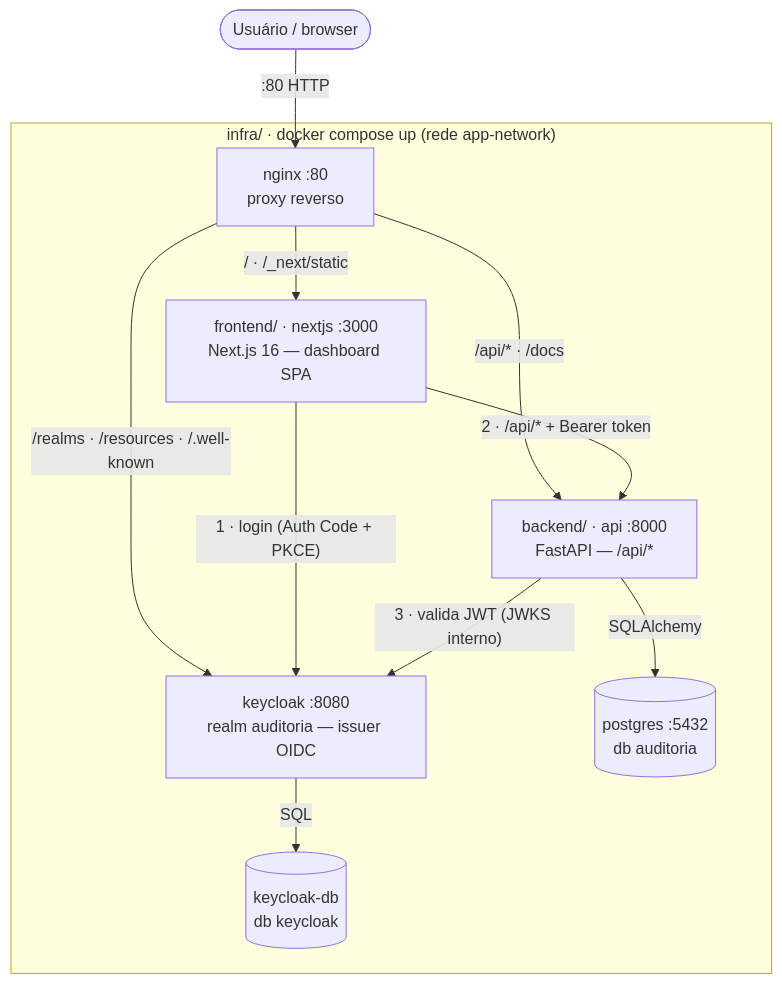
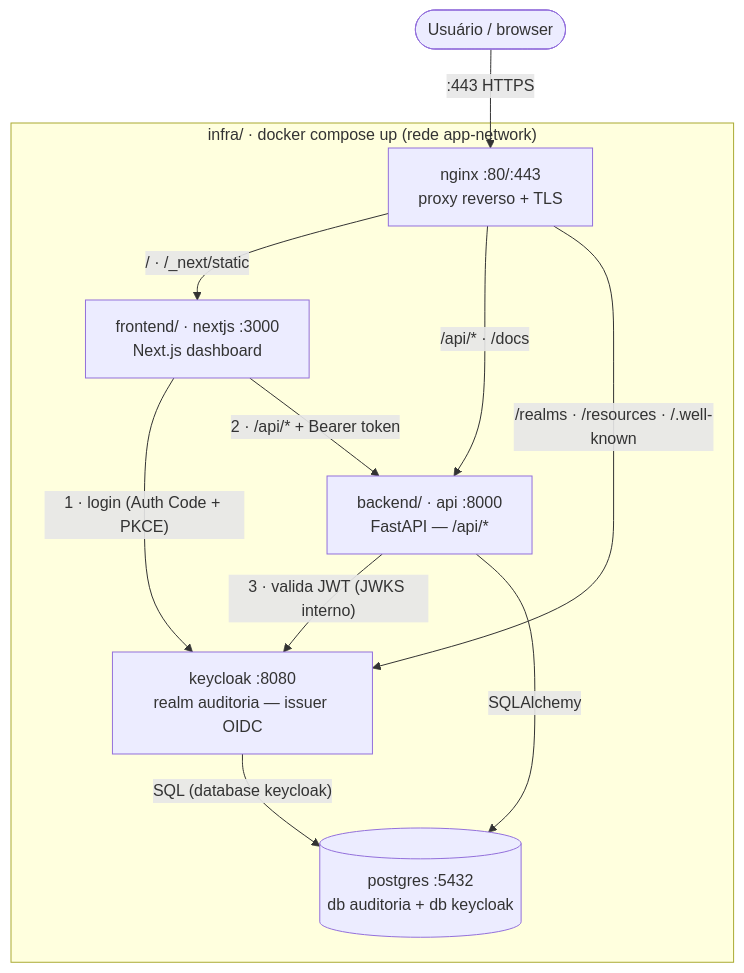
One commit to kellermanm0ta/auditor-ia-platform changed the first of 2 diagrams in README.md. Above: the diagram before and after it, drawn with Mermaid. The commit also changed other lines of this file and 11 other files, not shown here.

First line of the commit message:
feat(infra): unify Postgres and serve the stack over HTTPS

````diff
--- a/README.md
+++ b/README.md
@@ -19,24 +19,23 @@
 ```mermaid
 flowchart TB
     browser([Usuário / browser])
 
     subgraph compose["infra/ · docker compose up (rede app-network)"]
-        nginx["nginx :80<br/>proxy reverso"]
-        nextjs["frontend/ · nextjs :3000<br/>Next.js 16 — dashboard SPA"]
+        nginx["nginx :80/:443<br/>proxy reverso + TLS"]
+        nextjs["frontend/ · nextjs :3000<br/>Next.js dashboard"]
         api["backend/ · api :8000<br/>FastAPI — /api/*"]
         keycloak["keycloak :8080<br/>realm auditoria — issuer OIDC"]
-        postgres[("postgres :5432<br/>db auditoria")]
-        keycloakdb[("keycloak-db<br/>db keycloak")]
+        postgres[("postgres :5432<br/>db auditoria + db keycloak")]
     end
 
-    browser -->|":80 HTTP"| nginx
+    browser -->|":443 HTTPS"| nginx
     nginx -->|"/  ·  /_next/static"| nextjs
     nginx -->|"/api/*  ·  /docs"| api
     nginx -->|"/realms · /resources · /.well-known"| keycloak
 
     nextjs -->|"1 · login (Auth Code + PKCE)"| keycloak
     nextjs -->|"2 · /api/* + Bearer token"| api
     api -->|"3 · valida JWT (JWKS interno)"| keycloak
     api -->|"SQLAlchemy"| postgres
-    keycloak -->|"SQL"| keycloakdb
+    keycloak -->|"SQL (database keycloak)"| postgres
 ```
````
